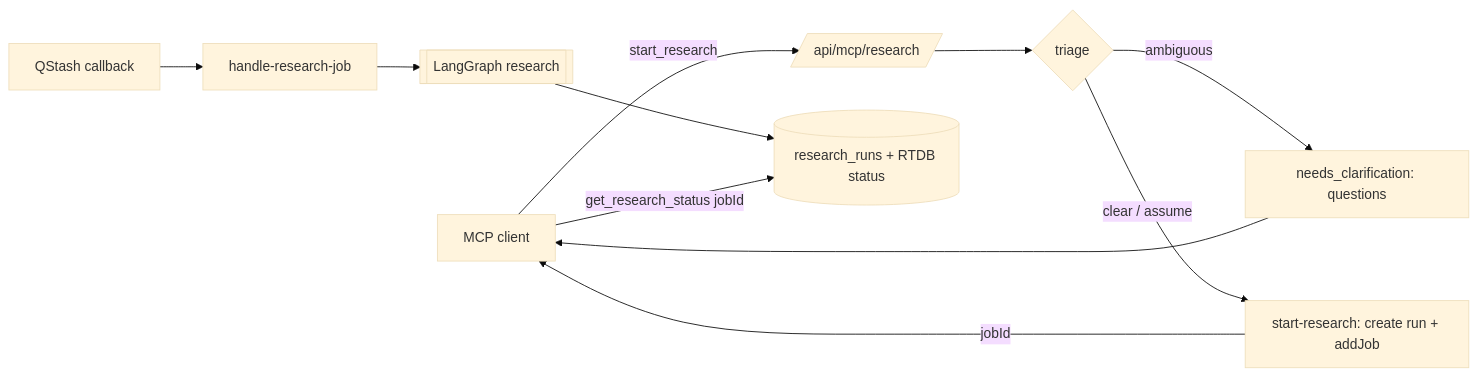
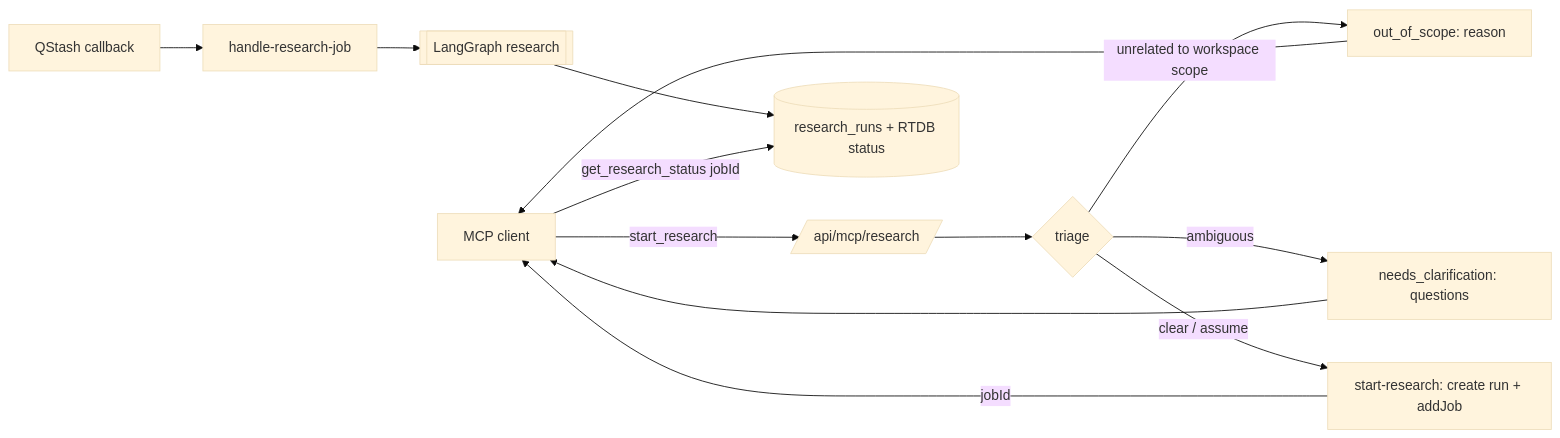
Before and after one commit to aduycuong/bnb-listeners: the first of 2 diagrams in docs/features/research.md, drawn with Mermaid (base theme). The commit also changed other lines of this file and 27 other files, not shown here.

````diff
--- a/docs/features/research.md
+++ b/docs/features/research.md
@@ -38,13 +38,15 @@
 ```mermaid
 flowchart LR
   C[MCP client] -->|start_research| R[/api/mcp/research/]
   R --> T{triage}
+  T -->|unrelated to workspace scope| X[out_of_scope: reason]
+  X --> C
   T -->|ambiguous| Q[needs_clarification: questions]
   Q --> C
   T -->|clear / assume| ST[start-research: create run + addJob]
   ST -->|jobId| C
   QC[QStash callback] --> H[handle-research-job]
   H --> G[[LangGraph research]]
   G --> P[(research_runs + RTDB status)]
   C -->|get_research_status jobId| P
 ```
````
